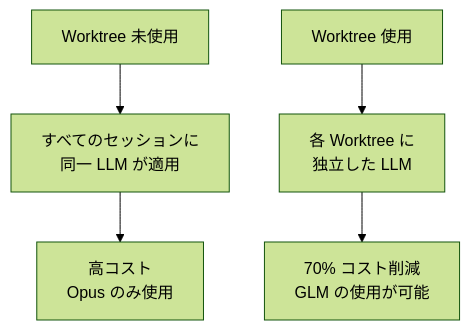
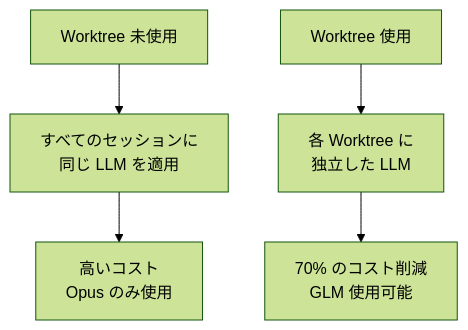
One commit to modu-ai/moai-adk changed the second of 9 diagrams in docs-site/content/ja/worktree/faq.md. Above: the diagram before and after it, drawn with Mermaid (forest theme). The commit also changed other lines of this file and 180 other files, not shown here.

````diff
--- a/docs-site/content/ja/worktree/faq.md
+++ b/docs-site/content/ja/worktree/faq.md
@@ -69,8 +69,8 @@
 ```mermaid
 graph TB
-    A[Worktree 未使用] --> B[すべてのセッションに<br/>同一 LLM が適用]
-    B --> C[高コスト<br/>Opus のみ使用]
+    A[Worktree 未使用] --> B[すべてのセッションに<br/>同じ LLM を適用]
+    B --> C[高いコスト<br/>Opus のみ使用]
 
     D[Worktree 使用] --> E[各 Worktree に<br/>独立した LLM]
-    E --> F[70% コスト削減<br/>GLM の使用が可能]
+    E --> F[70% のコスト削減<br/>GLM 使用可能]
 ```
````
